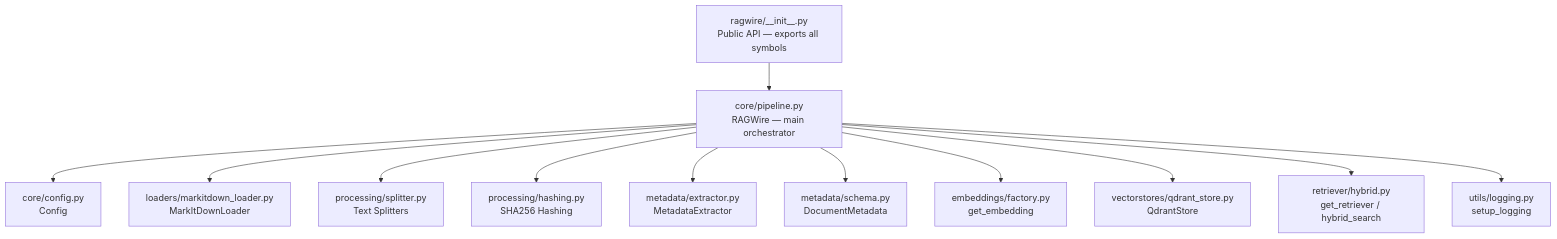
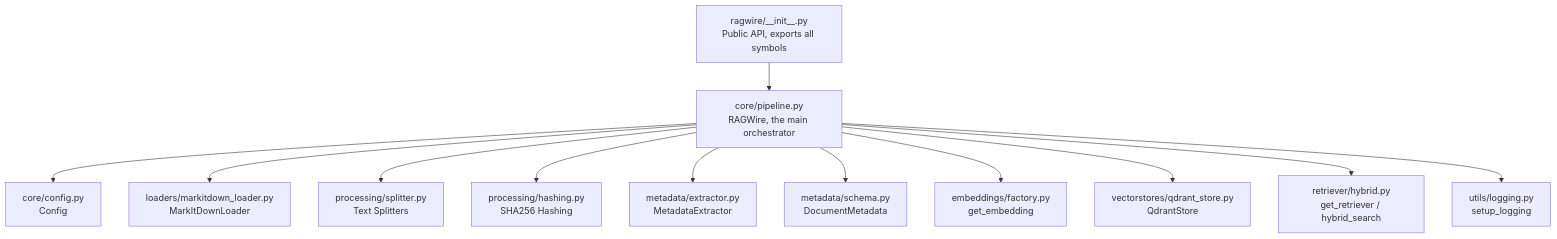
One commit to laxmimerit/RAGWire changed the first of 3 diagrams in docs/architecture/component_map.md. Above: the diagram before and after it, drawn with Mermaid. The commit also changed other lines of this file and 37 other files, not shown here.

````diff
--- a/docs/architecture/component_map.md
+++ b/docs/architecture/component_map.md
@@ -9,18 +9,18 @@
 ```mermaid
 graph TD
-    INIT["ragwire/__init__.py\nPublic API — exports all symbols"]
+    INIT["ragwire/__init__.py\nPublic API, exports all symbols"]
     INIT --> PIPE
 
-    PIPE["core/pipeline.py\nRAGWire — main orchestrator"]
+    PIPE["core/pipeline.py\nRAGWire, the main orchestrator"]
 
     PIPE --> CFG["core/config.py\nConfig"]
     PIPE --> LOAD["loaders/markitdown_loader.py\nMarkItDownLoader"]
     PIPE --> SPLIT["processing/splitter.py\nText Splitters"]
     PIPE --> HASH["processing/hashing.py\nSHA256 Hashing"]
     PIPE --> EXT["metadata/extractor.py\nMetadataExtractor"]
     PIPE --> SCH["metadata/schema.py\nDocumentMetadata"]
     PIPE --> EMB["embeddings/factory.py\nget_embedding"]
     PIPE --> QS["vectorstores/qdrant_store.py\nQdrantStore"]
     PIPE --> HYB["retriever/hybrid.py\nget_retriever / hybrid_search"]
     PIPE --> LOG["utils/logging.py\nsetup_logging"]
 ```
````
